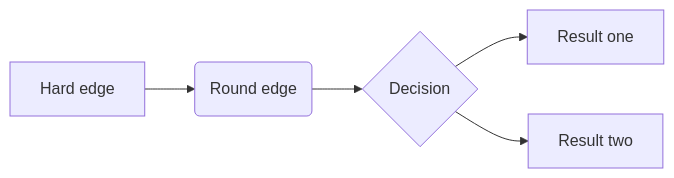
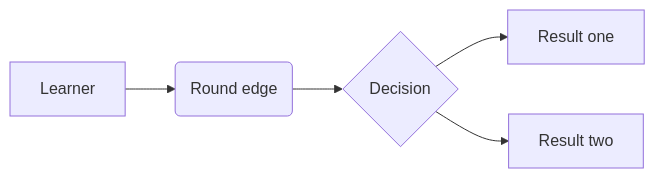
The diagram in index.qmd (vanHeemstraSystems/learning-web-security-use-cases), drawn with Mermaid before and after one commit. The commit also changed other lines of this file, not shown here.

````diff
--- a/index.qmd
+++ b/index.qmd
@@ -9,7 +11,7 @@
 ```{mermaid}
 flowchart LR
-  A[Hard edge] --> B(Round edge)
+  A[Learner] --> B(Round edge)
   B --> C{Decision}
   C --> D[Result one]
   C --> E[Result two]
 ```
````
